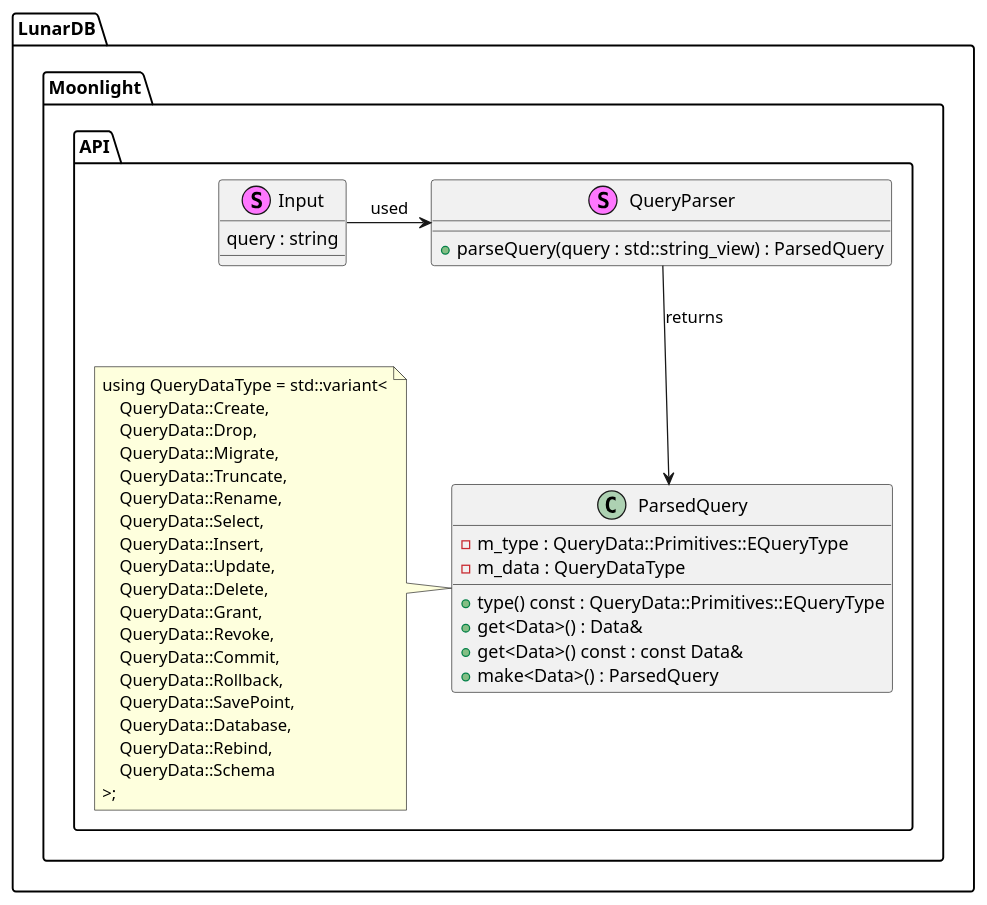
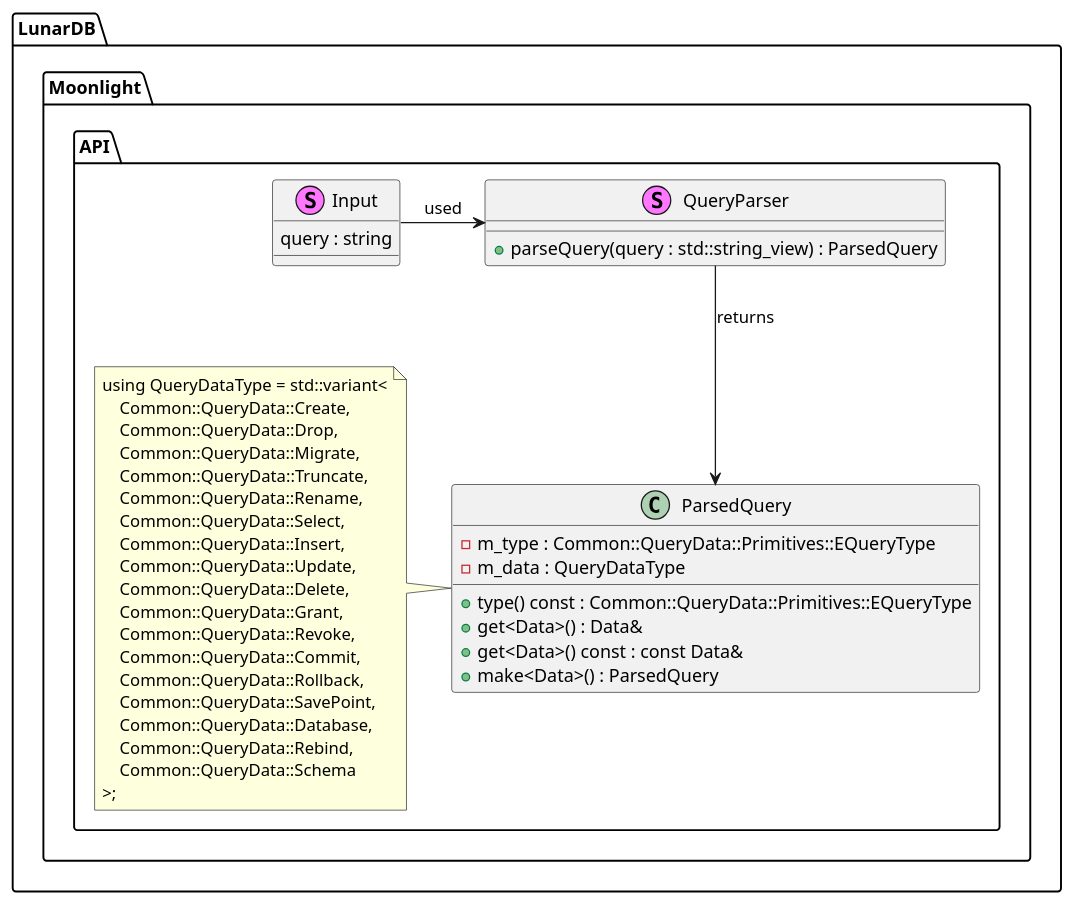
Before and after one commit to TheAncientOwl/lunardb: the diagram in src/Moonlight/docs/Moonlight.puml, drawn with PlantUML. The commit also changed 52 other files, not shown here.

Commit message:
Move QueryData under Common namespace

```diff
--- a/src/Moonlight/docs/Moonlight.puml
+++ b/src/Moonlight/docs/Moonlight.puml
@@ -1,51 +1,51 @@
 @startuml Moonlight
 
 
 namespace LunarDB.Moonlight.API {
 
 class ParsedQuery {
 
-    + type() const : QueryData::Primitives::EQueryType
+    + type() const : Common::QueryData::Primitives::EQueryType
     + get<Data>() : Data&
     + get<Data>() const : const Data&
     + make<Data>() : ParsedQuery
 
-    - m_type : QueryData::Primitives::EQueryType
+    - m_type : Common::QueryData::Primitives::EQueryType
     - m_data : QueryDataType
 }
 note left
 using QueryDataType = std::variant<
-    QueryData::Create,
-    QueryData::Drop,
-    QueryData::Migrate,
-    QueryData::Truncate,
-    QueryData::Rename,
-    QueryData::Select,
-    QueryData::Insert,
-    QueryData::Update,
-    QueryData::Delete,
-    QueryData::Grant,
-    QueryData::Revoke,
-    QueryData::Commit,
-    QueryData::Rollback,
-    QueryData::SavePoint,
-    QueryData::Database,
-    QueryData::Rebind,
-    QueryData::Schema
+    Common::QueryData::Create,
+    Common::QueryData::Drop,
+    Common::QueryData::Migrate,
+    Common::QueryData::Truncate,
+    Common::QueryData::Rename,
+    Common::QueryData::Select,
+    Common::QueryData::Insert,
+    Common::QueryData::Update,
+    Common::QueryData::Delete,
+    Common::QueryData::Grant,
+    Common::QueryData::Revoke,
+    Common::QueryData::Commit,
+    Common::QueryData::Rollback,
+    Common::QueryData::SavePoint,
+    Common::QueryData::Database,
+    Common::QueryData::Rebind,
+    Common::QueryData::Schema
 >;
 end note
 
 stereotype QueryParser {
     + parseQuery(query : std::string_view) : ParsedQuery
 }
 
 stereotype Input {
     query : string
 }
 
 Input -> QueryParser : used
 QueryParser --> ParsedQuery : returns
 
 }
 
 @enduml
```
